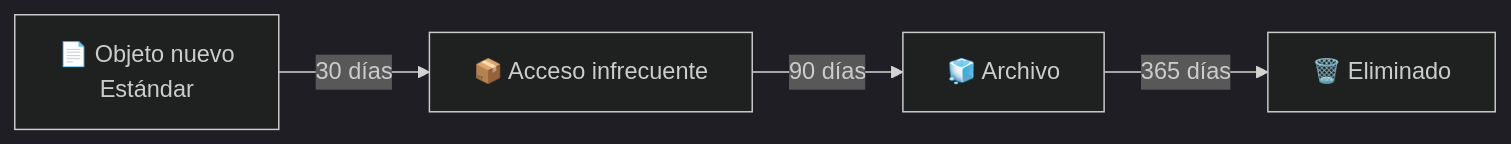
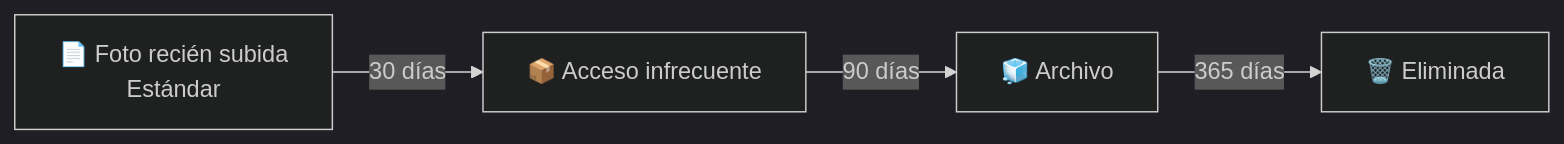
The third of 5 diagrams in docs/tema3/almacenamiento.md (aitorventura/introduccion-nube), drawn with Mermaid (dark theme) before and after one commit. The commit also changed other lines of this file and 21 other files, not shown here.

````diff
--- a/docs/tema3/almacenamiento.md
+++ b/docs/tema3/almacenamiento.md
@@ -50,6 +101,6 @@
 ```mermaid
 flowchart LR
-    A["📄 Objeto nuevo<br/>Estándar"] -->|30 días| B["📦 Acceso infrecuente"]
+    A["📄 Foto recién subida<br/>Estándar"] -->|30 días| B["📦 Acceso infrecuente"]
     B -->|90 días| C["🧊 Archivo"]
-    C -->|365 días| D["🗑️ Eliminado"]
+    C -->|365 días| D["🗑️ Eliminada"]
 ```
````
